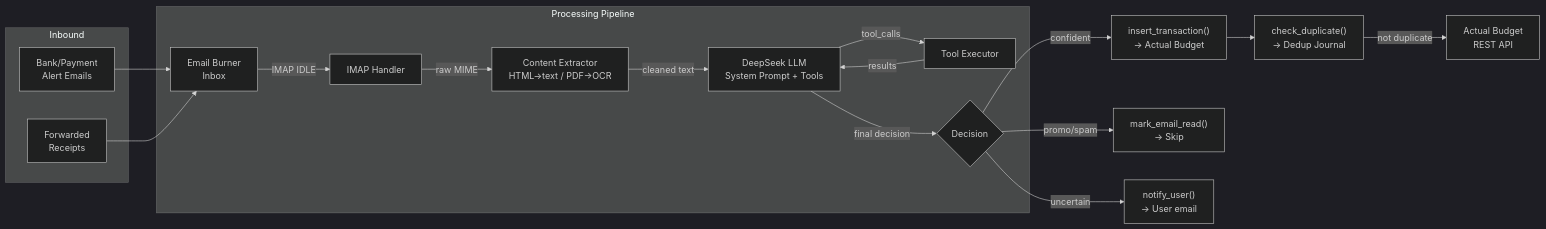
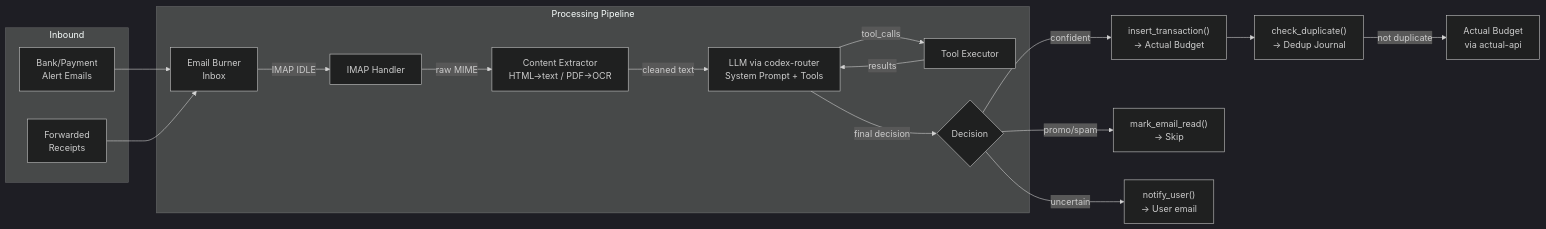
The second of 8 diagrams in design.md (darrencjh8/darren-openclaw), drawn with Mermaid (dark theme) before and after one commit. The commit also changed other lines of this file and 17 other files, not shown here.

````diff
--- a/design.md
+++ b/design.md
@@ -181,26 +143,26 @@
 ```mermaid
 graph LR
     subgraph Inbound["Inbound"]
         E["Bank/Payment<br/>Alert Emails"]
         F["Forwarded<br/>Receipts"]
     end
 
     E --> Inbox
     F --> Inbox
 
     subgraph Processing["Processing Pipeline"]
         Inbox["Email Burner<br/>Inbox"] -->|"IMAP IDLE"| Handler["IMAP Handler"]
         Handler -->|"raw MIME"| Extract["Content Extractor<br/>HTML→text / PDF→OCR"]
-        Extract -->|"cleaned text"| LLM["DeepSeek LLM<br/>System Prompt + Tools"]
+        Extract -->|"cleaned text"| LLM["LLM via codex-router<br/>System Prompt + Tools"]
         LLM -->|"tool_calls"| Executor["Tool Executor"]
         Executor -->|"results"| LLM
         LLM -->|"final decision"| Decision{Decision}
     end
 
     Decision -->|"confident"| Insert["insert_transaction()<br/>→ Actual Budget"]
     Decision -->|"promo/spam"| Skip["mark_email_read()<br/>→ Skip"]
     Decision -->|"uncertain"| Notify["notify_user()<br/>→ User email"]
 
     Insert --> Dedup["check_duplicate()<br/>→ Dedup Journal"]
-    Dedup -->|"not duplicate"| AB_API["Actual Budget<br/>REST API"]
+    Dedup -->|"not duplicate"| AB_API["Actual Budget<br/>via actual-api"]
 ```
````
